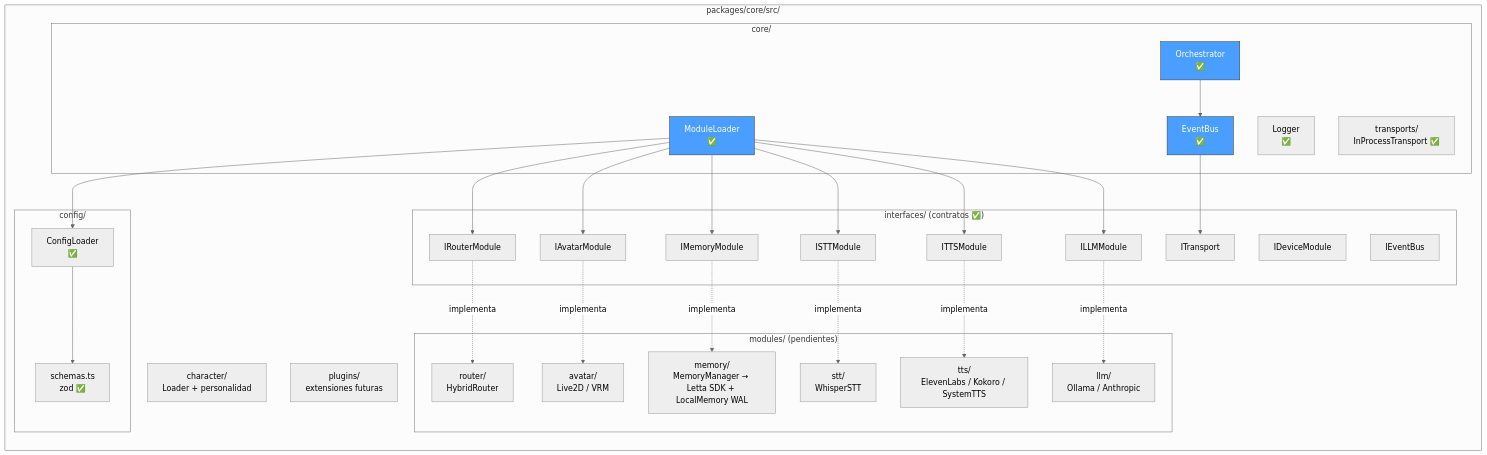
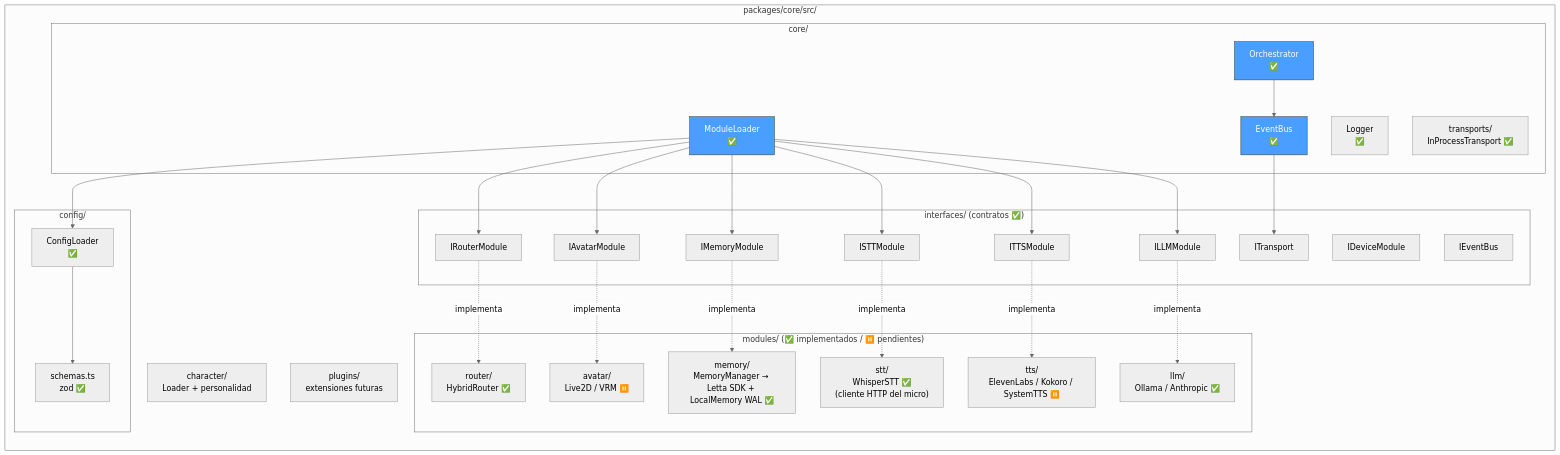
The second of 6 diagrams in docs/architecture.md (Pipelol0723/proyecto-shiro), drawn with Mermaid (neutral theme) before and after one commit. The commit also changed other lines of this file and 3 other files, not shown here.

First line of the commit message:
docs: cierre del hito STT en README + architecture + CLAUDE + plan

````diff
--- a/docs/architecture.md
+++ b/docs/architecture.md
@@ -64,65 +68,65 @@
 ```mermaid
 graph LR
     subgraph "packages/core/src/"
         subgraph "core/"
             EventBus[EventBus<br>✅]
             Orchestrator[Orchestrator<br>✅]
             ModuleLoader[ModuleLoader<br>✅]
             Logger[Logger<br>✅]
             Transports[transports/<br>InProcessTransport ✅]
         end
 
         subgraph "config/"
             Schemas[schemas.ts<br>zod ✅]
             ConfigLoader[ConfigLoader<br>✅]
         end
 
         subgraph "interfaces/ (contratos ✅)"
             ILLM[ILLMModule]
             ITTS[ITTSModule]
             ISTT[ISTTModule]
             IMem[IMemoryModule]
             IAv[IAvatarModule]
             IRou[IRouterModule]
             IDev[IDeviceModule]
             ITrans[ITransport]
             IBus[IEventBus]
         end
 
-        subgraph "modules/ (pendientes)"
-            STT[stt/<br>WhisperSTT]
-            TTS[tts/<br>ElevenLabs / Kokoro / SystemTTS]
-            LLM[llm/<br>Ollama / Anthropic]
-            Mem[memory/<br>MemoryManager → Letta SDK + LocalMemory WAL]
-            Av[avatar/<br>Live2D / VRM]
-            Rou[router/<br>HybridRouter]
+        subgraph "modules/ (✅ implementados / ⏸️ pendientes)"
+            STT["stt/<br>WhisperSTT ✅<br>(cliente HTTP del micro)"]
+            TTS[tts/<br>ElevenLabs / Kokoro / SystemTTS ⏸️]
+            LLM[llm/<br>Ollama / Anthropic ✅]
+            Mem[memory/<br>MemoryManager → Letta SDK + LocalMemory WAL ✅]
+            Av[avatar/<br>Live2D / VRM ⏸️]
+            Rou[router/<br>HybridRouter ✅]
         end
 
         Character[character/<br>Loader + personalidad]
         Plugins[plugins/<br>extensiones futuras]
     end
 
     ModuleLoader --> ILLM
     ModuleLoader --> ITTS
     ModuleLoader --> ISTT
     ModuleLoader --> IMem
     ModuleLoader --> IAv
     ModuleLoader --> IRou
 
     ConfigLoader --> Schemas
     ModuleLoader --> ConfigLoader
 
     ILLM -.implementa.-> LLM
     ITTS -.implementa.-> TTS
     ISTT -.implementa.-> STT
     IMem -.implementa.-> Mem
     IAv -.implementa.-> Av
     IRou -.implementa.-> Rou
 
     Orchestrator --> EventBus
     EventBus --> ITrans
 
     style EventBus fill:#4a9eff,stroke:#333,color:#fff
     style Orchestrator fill:#4a9eff,stroke:#333,color:#fff
     style ModuleLoader fill:#4a9eff,stroke:#333,color:#fff
 ```
````
